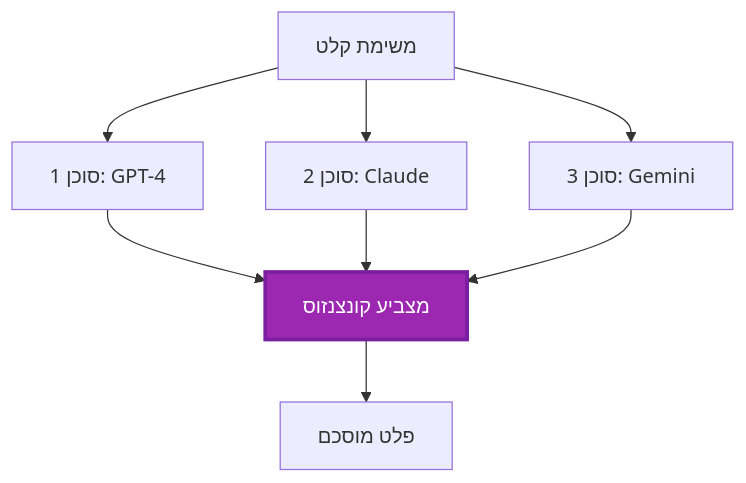
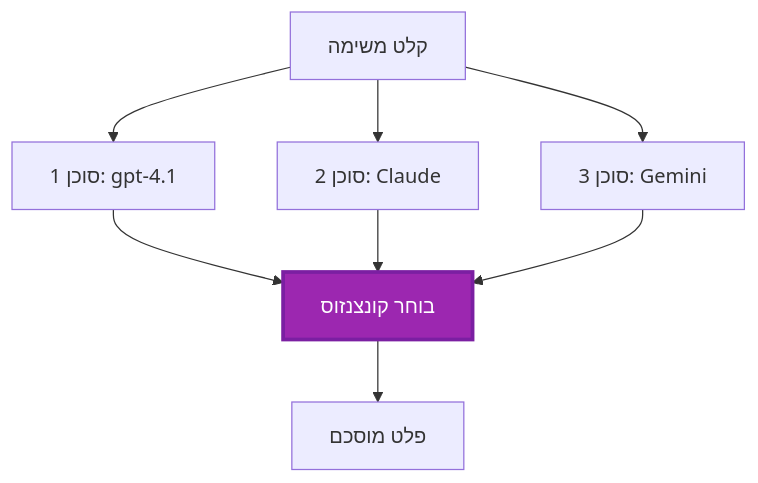
One commit to microsoft/AZD-for-beginners changed the fifth of 6 diagrams in translations/he/docs/chapter-06-pre-deployment/coordination-patterns.md. Above: the diagram before and after it, drawn with Mermaid. The commit also changed other lines of this file and 101 other files, not shown here.

````diff
--- a/translations/he/docs/chapter-06-pre-deployment/coordination-patterns.md
+++ b/translations/he/docs/chapter-06-pre-deployment/coordination-patterns.md
@@ -231,19 +225,19 @@
 ```mermaid
 graph TB
-    Input[משימת קלט]
-    Agent1[סוכן 1: GPT-4]
+    Input[קלט משימה]
+    Agent1[סוכן 1: gpt-4.1]
     Agent2[סוכן 2: Claude]
     Agent3[סוכן 3: Gemini]
-    Voter[מצביע קונצנזוס]
+    Voter[בוחר קונצנזוס]
     Output[פלט מוסכם]
     
     Input --> Agent1
     Input --> Agent2
     Input --> Agent3
     Agent1 --> Voter
     Agent2 --> Voter
     Agent3 --> Voter
     Voter --> Output
     
     style Voter fill:#9C27B0,stroke:#7B1FA2,stroke-width:3px,color:#fff
 ```
````
